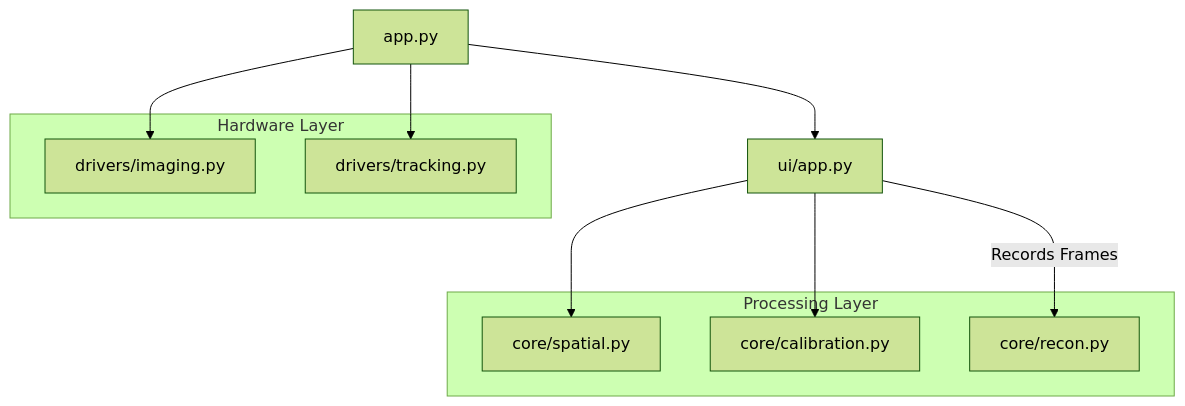
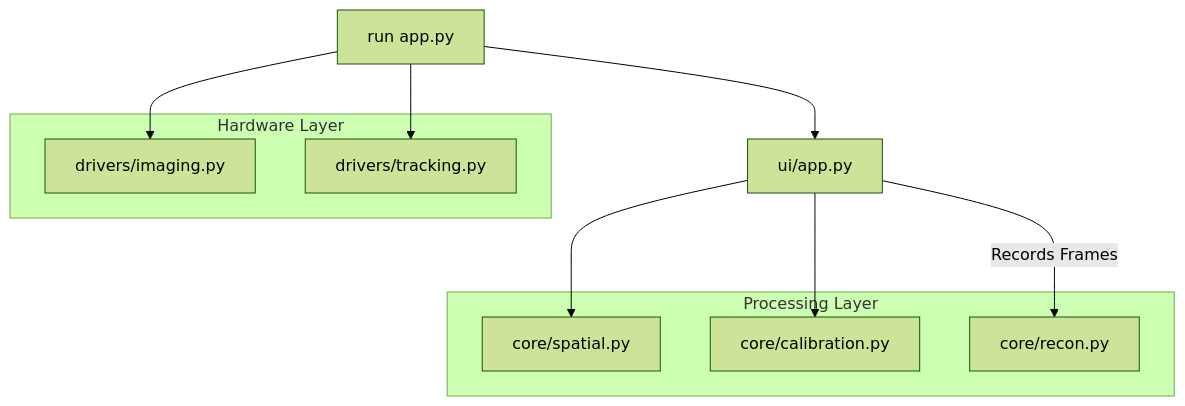
The diagram in README.md (ashleydo8/ultrasound_project), drawn with Mermaid (forest theme) before and after one commit.

````diff
--- a/README.md
+++ b/README.md
@@ -21,22 +21,22 @@
 ```mermaid
 graph TD
-    A[app.py] --> B[ui/app.py]
+    A[run app.py] --> B[ui/app.py]
     A --> C[drivers/imaging.py]
     A --> D[drivers/tracking.py]
     
     B --> E[core/spatial.py]
     B --> F[core/calibration.py]
     
     subgraph "Hardware Layer"
     C
     D
     end
     
     subgraph "Processing Layer"
     E
     F
     G[core/recon.py]
     end
     
     B -- "Records Frames" --> G
 ```
````
